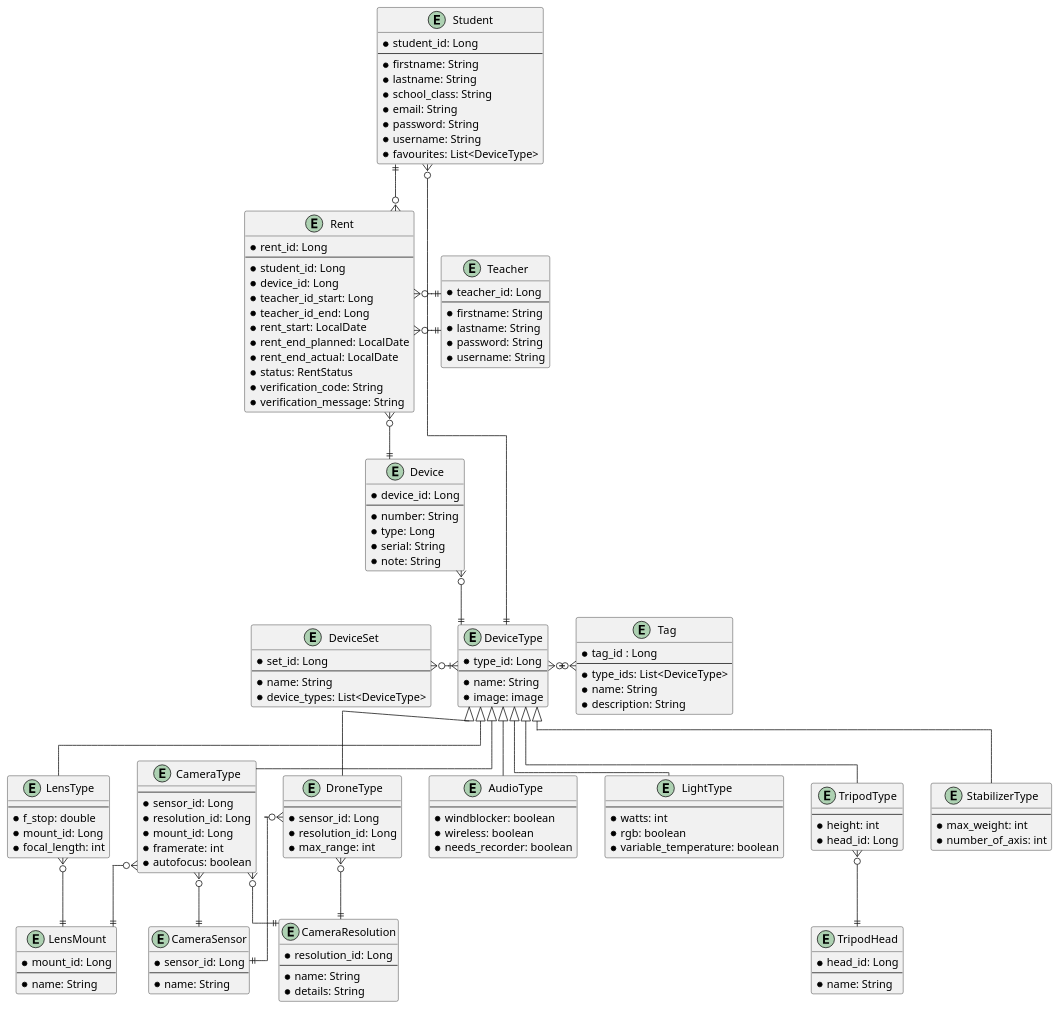
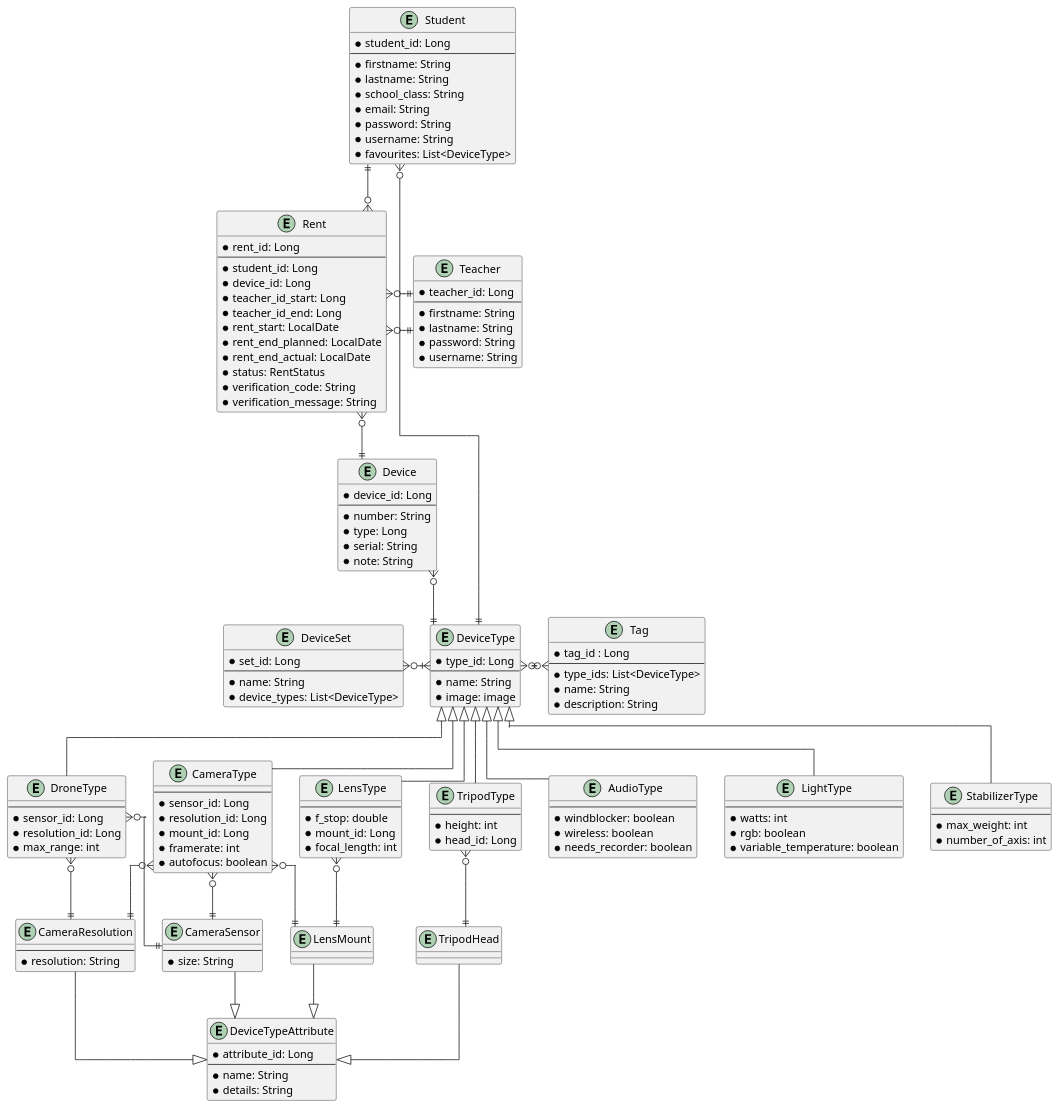
One commit to htl-leo-itp-2325-4-5BHITM/cam-connect changed the diagram in docs/uml.puml. Above: the diagram before and after it, drawn with PlantUML. The commit also changed 14 other files, not shown here.

```diff
--- a/docs/uml.puml
+++ b/docs/uml.puml
@@ -1,171 +1,175 @@
 @startuml
-   skinparam linetype ortho
+  skinparam linetype ortho
 
-   entity DeviceType {
-        * type_id: Long
-        --
-        * name: String
-        * image: image
-    }
+	entity DeviceType {
+		* type_id: Long
+		--
+		* name: String
+		* image: image
+	}
 
-    entity CameraType {
-        --
-        * sensor_id: Long
-        * resolution_id: Long
-        * mount_id: Long
-        * framerate: int
-        * autofocus: boolean
-    }
+	entity CameraType {
+		--
+		* sensor_id: Long
+		* resolution_id: Long
+		* mount_id: Long
+		* framerate: int
+		* autofocus: boolean
+	}
 
-    entity DroneType {
-        --
-        * sensor_id: Long
-        * resolution_id: Long
-        * max_range: int
-    }
+	entity DroneType {
+		--
+		* sensor_id: Long
+		* resolution_id: Long
+		* max_range: int
+	}
 
-    entity LensType {
-        --
-        * f_stop: double
-        * mount_id: Long
-        * focal_length: int
-    }
+	entity LensType {
+		--
+		* f_stop: double
+		* mount_id: Long
+		* focal_length: int
+	}
 
-    entity AudioType {
-        --
-        * windblocker: boolean
-        * wireless: boolean
-        * needs_recorder: boolean
-    }
+	entity AudioType {
+		--
+		* windblocker: boolean
+		* wireless: boolean
+		* needs_recorder: boolean
+	}
 
-    entity LightType {
-        --
-        * watts: int
-        * rgb: boolean
-        * variable_temperature: boolean
-    }
+	entity LightType {
+		--
+		* watts: int
+		* rgb: boolean
+		* variable_temperature: boolean
+	}
 
-    entity TripodType {
-        --
-        * height: int
-        * head_id: Long
-    }
+	entity TripodType {
+		--
+		* height: int
+		* head_id: Long
+	}
 
-    entity StabilizerType {
-        --
-        * max_weight: int
-        * number_of_axis: int
-    }
+	entity StabilizerType {
+		--
+		* max_weight: int
+		* number_of_axis: int
+	}
 
-    DeviceType <|-down- CameraType
-    DeviceType <|-down- AudioType
-    DeviceType <|-down- LightType
-    DeviceType <|-down- TripodType
-    DeviceType <|-down- StabilizerType
-    DeviceType <|-down- DroneType
-    DeviceType <|-down- LensType
+	DeviceType <|-down- CameraType
+	DeviceType <|-down- AudioType
+	DeviceType <|-down- LightType
+	DeviceType <|-down- TripodType
+	DeviceType <|-down- StabilizerType
+	DeviceType <|-down- DroneType
+	DeviceType <|-down- LensType
 
-    entity TripodHead {
-        * head_id: Long
-        --
-        * name: String
-    }
+	entity DeviceTypeAttribute {
+		* attribute_id: Long
+		--
+		* name: String
+		* details: String
+	}
 
-    entity LensMount {
-        * mount_id: Long
-        --
-        * name: String
-    }
+	entity TripodHead {
+	}
 
-    entity CameraSensor {
-        * sensor_id: Long
-        --
-        * name: String
-    }
+	entity LensMount {
+	}
 
-    entity CameraResolution {
-        * resolution_id: Long
-        --
-        * name: String
-        * details: String
-    }
+	entity CameraSensor {
+		--
+		* size: String
+	}
 
-    TripodType }o--|| TripodHead
-    LensType }o--|| LensMount
-    CameraType }o--|| LensMount
-    CameraType }o--|| CameraSensor
-    DroneType }o--|| CameraSensor
-    DroneType }o--|| CameraResolution
-    CameraType }o--|| CameraResolution
+	entity CameraResolution {
+		--
+		* resolution: String
+	}
 
-    entity Device {
-        * device_id: Long
-        --
-        * number: String
-        * type: Long
-        * serial: String
-        * note: String
-    }
+	DeviceTypeAttribute <|-up- TripodHead
+	DeviceTypeAttribute <|-up- LensMount
+	DeviceTypeAttribute <|-up- CameraSensor
+	DeviceTypeAttribute <|-up- CameraResolution
 
-    entity Rent{
-        * rent_id: Long
-        --
-        * student_id: Long
-        * device_id: Long
-        * teacher_id_start: Long
-        * teacher_id_end: Long
-        * rent_start: LocalDate
-        * rent_end_planned: LocalDate
-        * rent_end_actual: LocalDate
-        * status: RentStatus
-        * verification_code: String
-        * verification_message: String
-    }
 
-    entity Tag {
-        * tag_id : Long
-        --
-        * type_ids: List<DeviceType>
-        * name: String
-        * description: String
-    }
+	TripodType }o--|| TripodHead
+	LensType }o--|| LensMount
+	CameraType }o--|| LensMount
+	CameraType }o--|| CameraSensor
+	DroneType }o--|| CameraSensor
+	DroneType }o--|| CameraResolution
+	CameraType }o--|| CameraResolution
 
-    entity Student {
-        * student_id: Long
-        --
-        * firstname: String
-        * lastname: String
-        * school_class: String
-        * email: String
-        * password: String
-        * username: String
-        * favourites: List<DeviceType>
-    }
+	entity Device {
+		* device_id: Long
+		--
+		* number: String
+		* type: Long
+		* serial: String
+		* note: String
+	}
 
-    entity Teacher {
-        * teacher_id: Long
-        --
-        * firstname: String
-        * lastname: String
-        * password: String
-        * username: String
-    }
+	entity Rent{
+		* rent_id: Long
+		--
+		* student_id: Long
+		* device_id: Long
+		* teacher_id_start: Long
+		* teacher_id_end: Long
+		* rent_start: LocalDate
+		* rent_end_planned: LocalDate
+		* rent_end_actual: LocalDate
+		* status: RentStatus
+		* verification_code: String
+		* verification_message: String
+	}
 
-     entity DeviceSet {
-        * set_id: Long
-        --
-        * name: String
-        * device_types: List<DeviceType>
-    }
+	entity Tag {
+		* tag_id : Long
+		--
+		* type_ids: List<DeviceType>
+		* name: String
+		* description: String
+	}
 
-    Device }o-down-|| DeviceType
-    DeviceType }|-left-o{ DeviceSet
-    DeviceType }o-right-o{ Tag
+	entity Student {
+		* student_id: Long
+		--
+		* firstname: String
+		* lastname: String
+		* school_class: String
+		* email: String
+		* password: String
+		* username: String
+		* favourites: List<DeviceType>
+	}
 
-    Rent }o--|| Device
-    Rent }o-up-|| Student
-    Rent }o-right-|| Teacher
-    Rent }o-right-|| Teacher
+	entity Teacher {
+		* teacher_id: Long
+		--
+		* firstname: String
+		* lastname: String
+		* password: String
+		* username: String
+	}
 
-    Student }o--|| DeviceType
+	entity DeviceSet {
+		* set_id: Long
+		--
+		* name: String
+		* device_types: List<DeviceType>
+	}
+
+	Device }o-down-|| DeviceType
+	DeviceType }|-left-o{ DeviceSet
+	DeviceType }o-right-o{ Tag
+
+	Rent }o--|| Device
+	Rent }o-up-|| Student
+	Rent }o-right-|| Teacher
+	Rent }o-right-|| Teacher
+
+	Student }o--|| DeviceType
 @enduml
```
